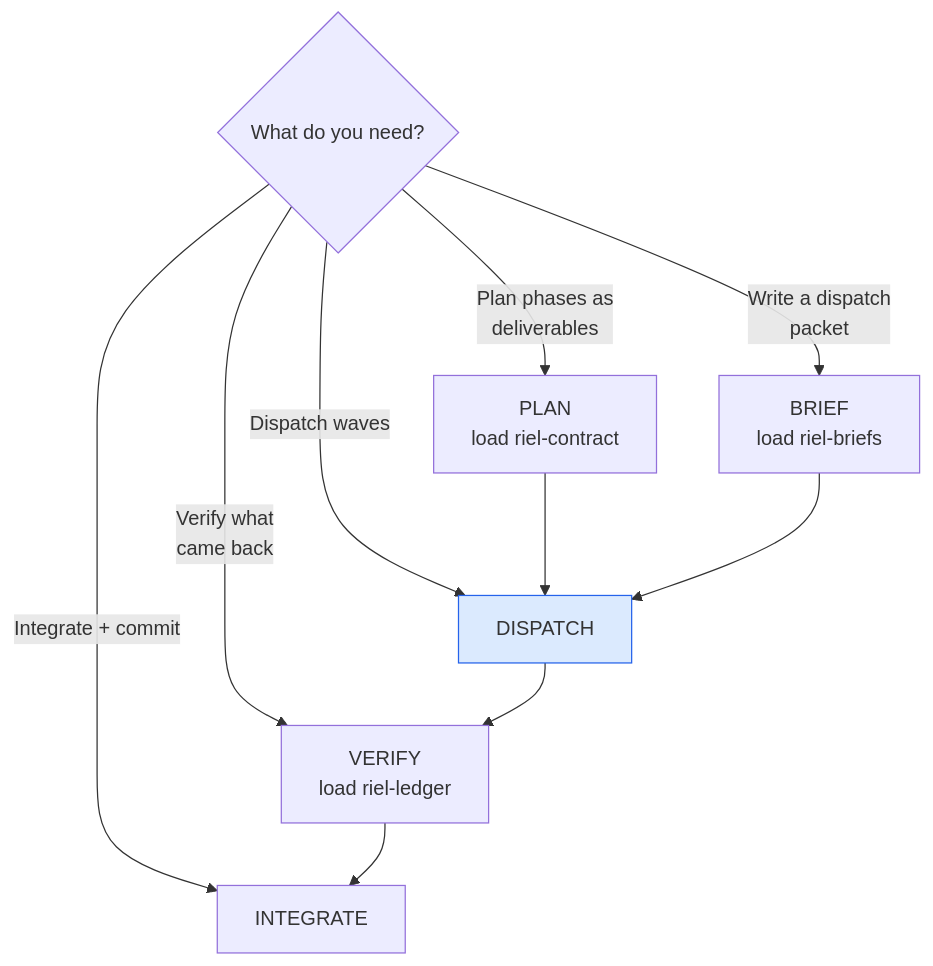
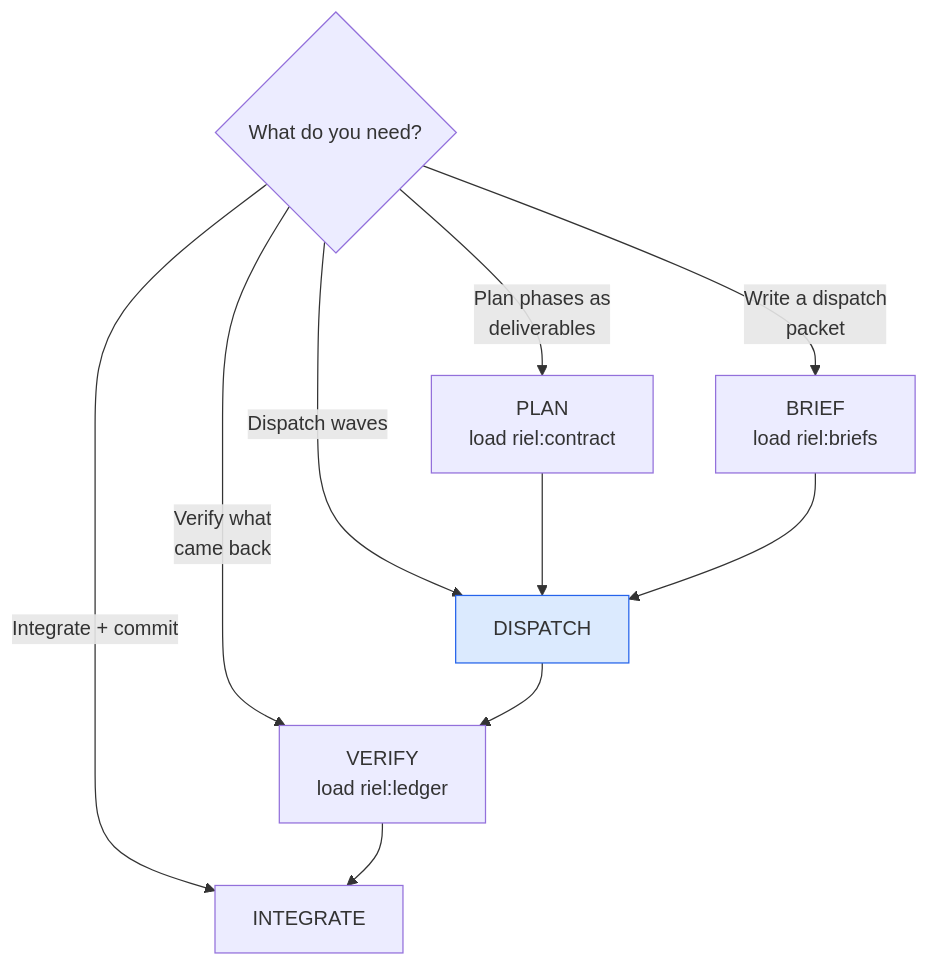
Before and after one commit to alvarolizama/riel: the diagram in skills/riel-delegate/SKILL.md, drawn with Mermaid. The commit also changed other lines of this file and 8 other files, not shown here.

````diff
--- a/skills/riel-delegate/SKILL.md
+++ b/skills/riel-delegate/SKILL.md
@@ -23,14 +23,14 @@
 ```mermaid
 flowchart TD
-  Q{What do you need?} -->|"Plan phases as\ndeliverables"| P["PLAN\nload riel-contract"]
-  Q -->|"Write a dispatch\npacket"| B["BRIEF\nload riel-briefs"]
+  Q{What do you need?} -->|"Plan phases as\ndeliverables"| P["PLAN\nload riel:contract"]
+  Q -->|"Write a dispatch\npacket"| B["BRIEF\nload riel:briefs"]
   Q -->|"Dispatch waves"| D[DISPATCH]
-  Q -->|"Verify what\ncame back"| V["VERIFY\nload riel-ledger"]
+  Q -->|"Verify what\ncame back"| V["VERIFY\nload riel:ledger"]
   Q -->|"Integrate + commit"| I[INTEGRATE]
   P --> D
   B --> D
   D --> V
   V --> I
 
   style D fill:#dbeafe,stroke:#2563eb
 ```
````
